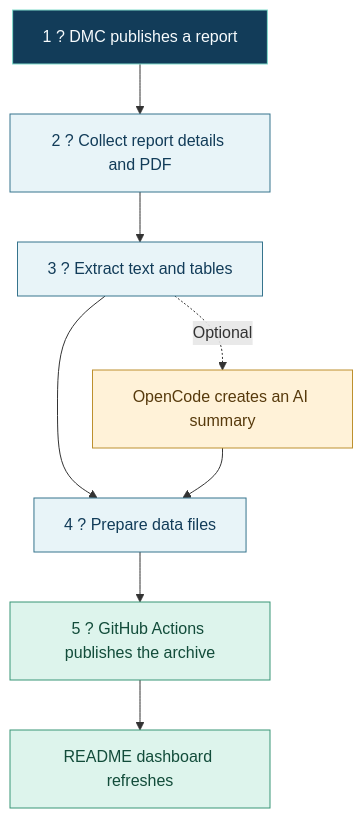
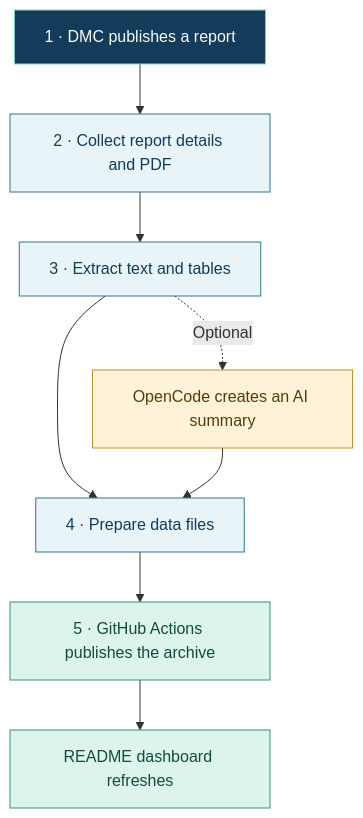
Before and after one commit to Gajarthan/lk_dmc: the diagram in README.md, drawn with Mermaid. The commit also changed other lines of this file, not shown here.

````diff
--- a/README.md
+++ b/README.md
@@ -22,18 +22,18 @@
 ```mermaid
 flowchart TD
-    A["1 ? DMC publishes a report"] --> B["2 ? Collect report details and PDF"]
-    B --> C["3 ? Extract text and tables"]
-    C --> D["4 ? Prepare data files"]
+    A["1 · DMC publishes a report"] --> B["2 · Collect report details and PDF"]
+    B --> C["3 · Extract text and tables"]
+    C --> D["4 · Prepare data files"]
     C -. "Optional" .-> E["OpenCode creates an AI summary"]
     E --> D
-    D --> F["5 ? GitHub Actions publishes the archive"]
+    D --> F["5 · GitHub Actions publishes the archive"]
     F --> G["README dashboard refreshes"]
     classDef source fill:#123C59,color:#F7FBFD,stroke:#80DBCB
     classDef process fill:#E8F4F8,color:#123C59,stroke:#36748D
     classDef ai fill:#FFF2D8,color:#573A0C,stroke:#BD902E
     classDef output fill:#DDF4EC,color:#124C3A,stroke:#399577
     class A source
     class B,C,D process
     class E ai
     class F,G output
 ```
````
